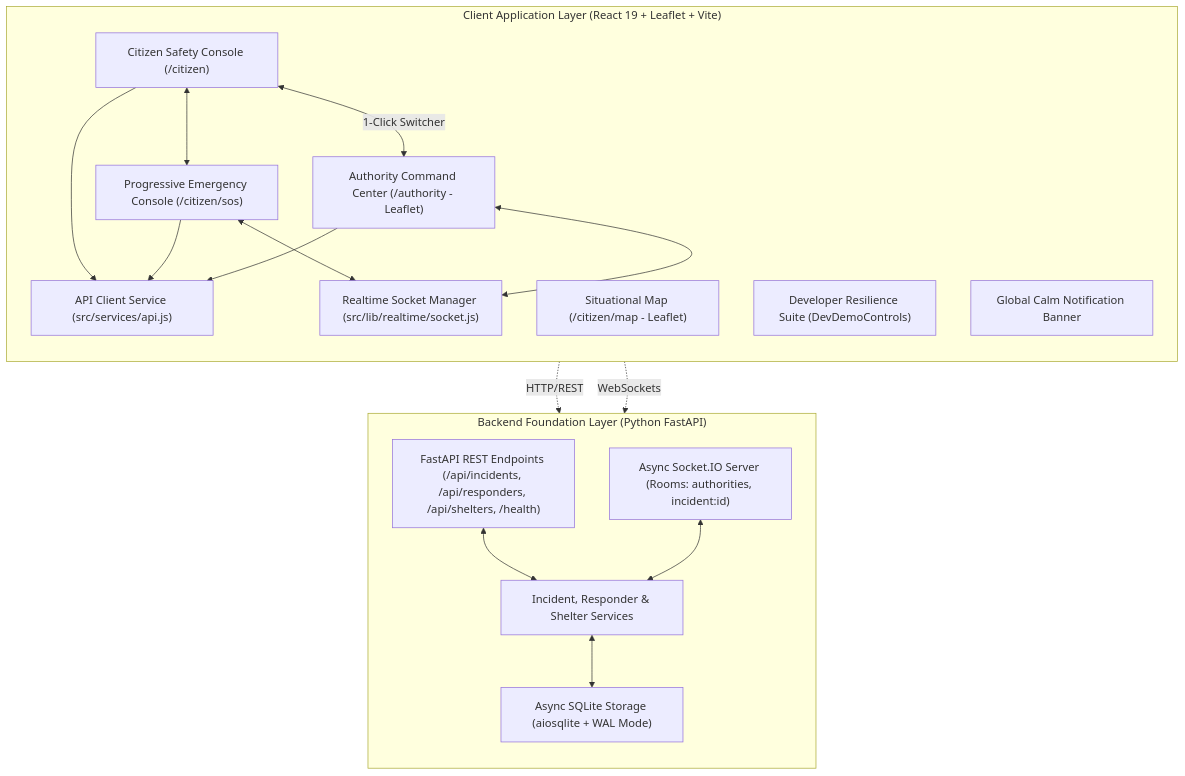
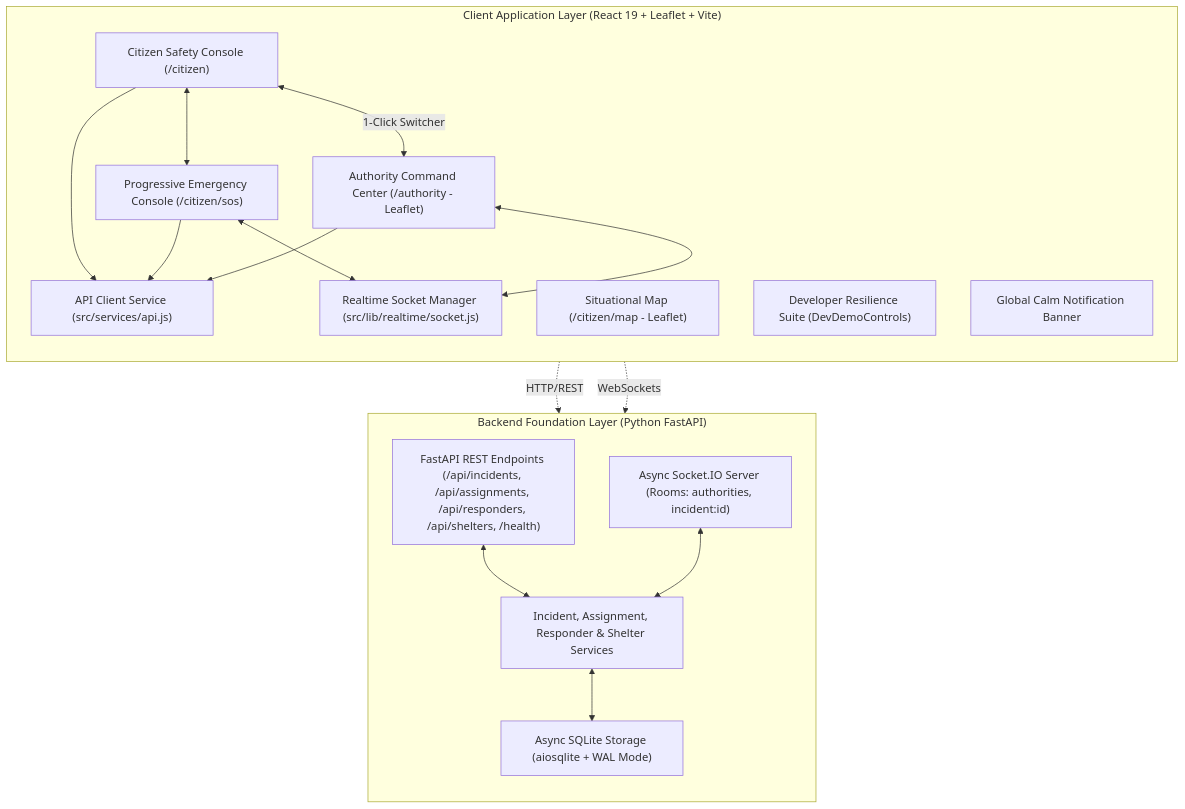
Before and after one commit to pritesh-4/SIH-2026---SALVUS: the diagram in docs/ARCHITECTURE.md, drawn with Mermaid. The commit also changed other lines of this file and 13 other files, not shown here.

Commit message:
feat: Responder dispatch, domain model and assignment

````diff
--- a/docs/ARCHITECTURE.md
+++ b/docs/ARCHITECTURE.md
@@ -9,38 +9,38 @@
 ```mermaid
 flowchart TB
     subgraph Client_App ["Client Application Layer (React 19 + Leaflet + Vite)"]
         direction TB
         CitizenPortal["Citizen Safety Console (/citizen)"]
         CitizenMap["Situational Map (/citizen/map - Leaflet)"]
         CitizenEmergency["Progressive Emergency Console (/citizen/sos)"]
         AuthorityCenter["Authority Command Center (/authority - Leaflet)"]
         RealtimeSocket["Realtime Socket Manager (src/lib/realtime/socket.js)"]
         APIService["API Client Service (src/services/api.js)"]
         DevDemoPanel["Developer Resilience Suite (DevDemoControls)"]
         NotificationSystem["Global Calm Notification Banner"]
 
         CitizenPortal <--> CitizenEmergency
         CitizenPortal <-->|"1-Click Switcher"| AuthorityCenter
         CitizenPortal --> APIService
         CitizenEmergency --> APIService
         CitizenEmergency <--> RealtimeSocket
         AuthorityCenter --> APIService
         AuthorityCenter <--> RealtimeSocket
     end
 
     subgraph Backend_App ["Backend Foundation Layer (Python FastAPI)"]
         direction TB
-        APIGateway["FastAPI REST Endpoints (/api/incidents, /api/responders, /api/shelters, /health)"]
+        APIGateway["FastAPI REST Endpoints (/api/incidents, /api/assignments, /api/responders, /api/shelters, /health)"]
         SocketEngine["Async Socket.IO Server (Rooms: authorities, incident:id)"]
-        DomainService["Incident, Responder & Shelter Services"]
+        DomainService["Incident, Assignment, Responder & Shelter Services"]
         DBLayer["Async SQLite Storage (aiosqlite + WAL Mode)"]
 
         APIGateway <--> DomainService
         SocketEngine <--> DomainService
         DomainService <--> DBLayer
     end
 
     %% Wiring
     APIService -.->|HTTP/REST| APIGateway
     RealtimeSocket -.->|WebSockets| SocketEngine
 ```
````
